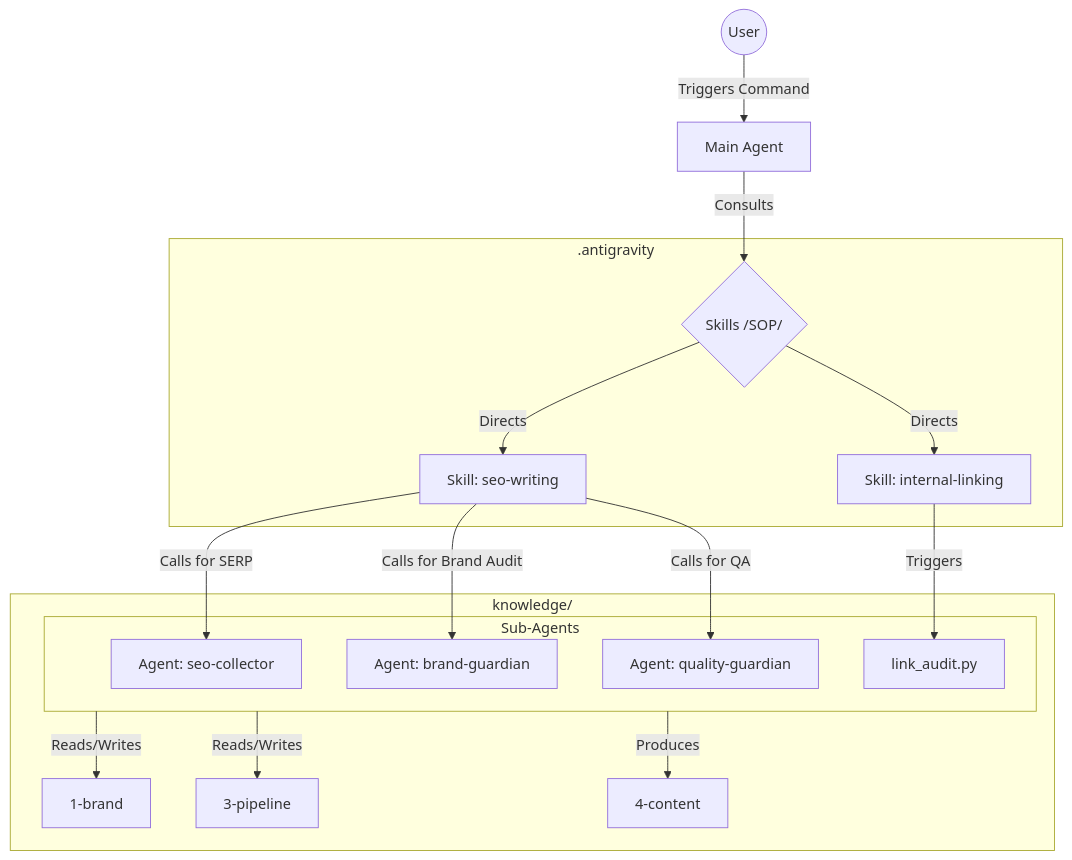
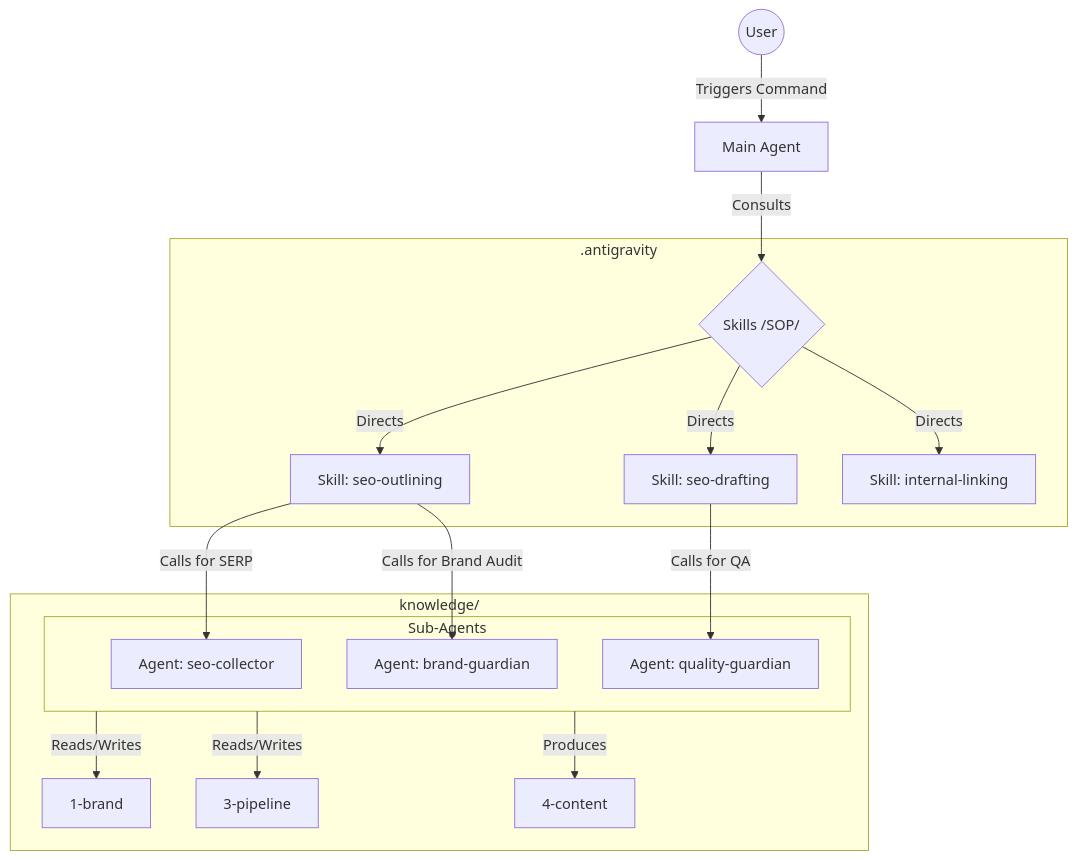
Before and after one commit to vilo0411/dsc-content-seo: the diagram in .antigravity/agent.md, drawn with Mermaid. The commit also changed other lines of this file and 60 other files, not shown here.

````diff
--- a/.antigravity/agent.md
+++ b/.antigravity/agent.md
@@ -17,23 +17,23 @@
 ```mermaid
 graph TD
     User((User)) -- "Triggers Command" --> MainAgent[Main Agent]
     MainAgent -- "Consults" --> Skills{Skills /SOP/}
     
     subgraph Engine [.antigravity]
-        Skills -- "Directs" --> seo-writing[Skill: seo-writing]
+        Skills -- "Directs" --> seo-outlining[Skill: seo-outlining]
+        Skills -- "Directs" --> seo-drafting[Skill: seo-drafting]
         Skills -- "Directs" --> internal-linking[Skill: internal-linking]
     end
     
     subgraph Agents [Sub-Agents]
-        seo-writing -- "Calls for SERP" --> seo-collector[Agent: seo-collector]
-        seo-writing -- "Calls for Brand Audit" --> brand-guardian[Agent: brand-guardian]
-        seo-writing -- "Calls for QA" --> quality-guardian[Agent: quality-guardian]
-        internal-linking -- "Triggers" --> audit-script[link_audit.py]
+        seo-outlining -- "Calls for SERP" --> seo-collector[Agent: seo-collector]
+        seo-outlining -- "Calls for Brand Audit" --> brand-guardian[Agent: brand-guardian]
+        seo-drafting -- "Calls for QA" --> quality-guardian[Agent: quality-guardian]
     end
     
     subgraph Data [knowledge/]
         Agents -- "Reads/Writes" --> 1-brand[1-brand]
         Agents -- "Reads/Writes" --> 3-pipeline[3-pipeline]
         Agents -- "Produces" --> 4-content[4-content]
     end
 ```
````
